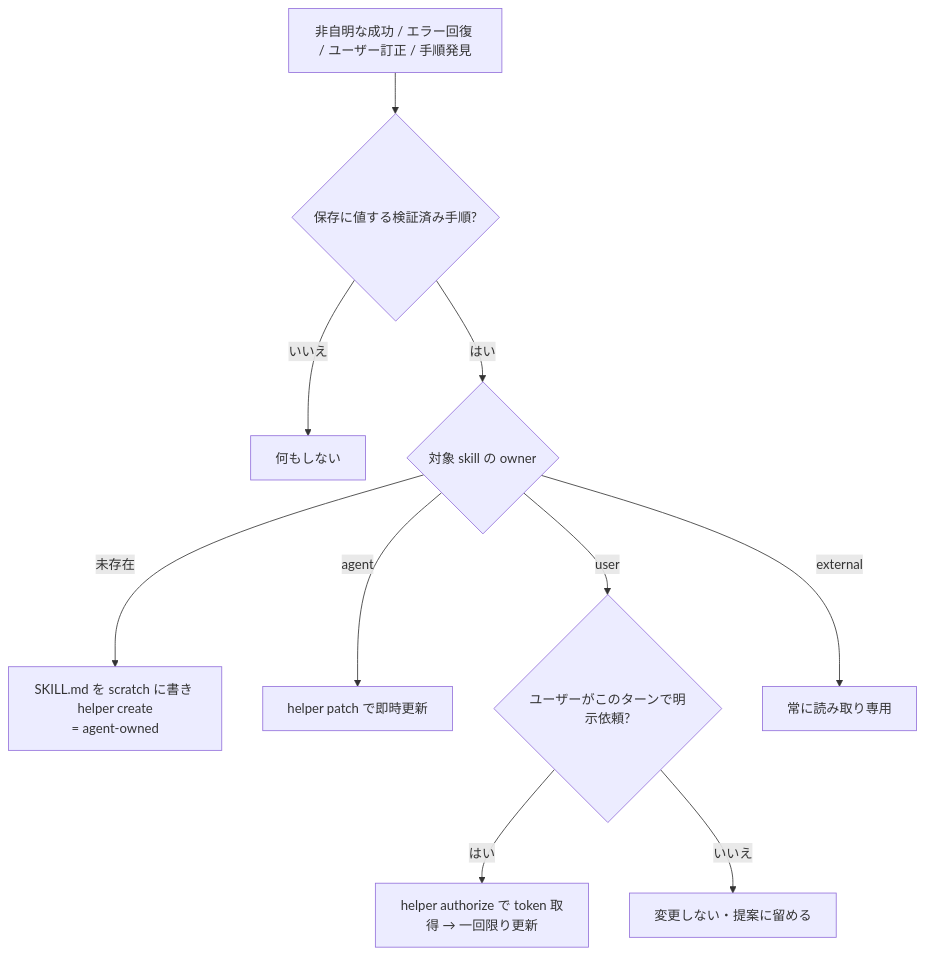
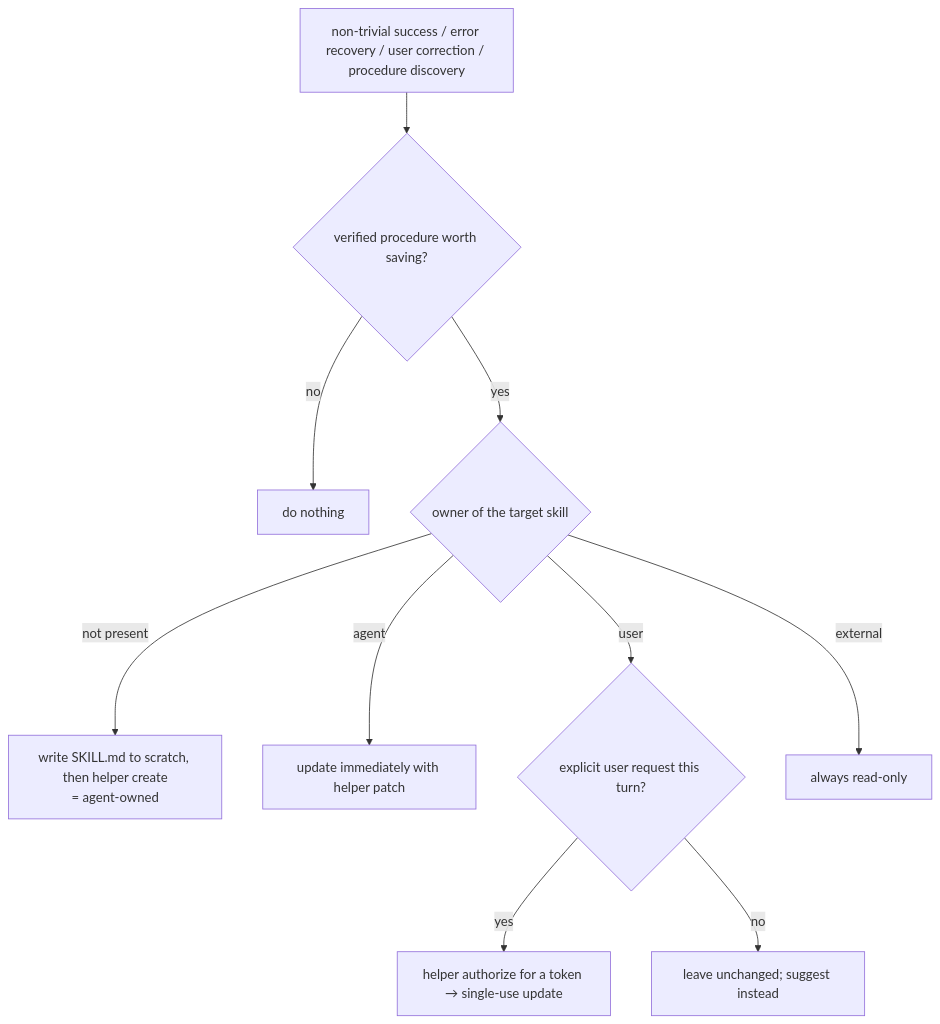
The third of 5 diagrams in README.md (lilpacy/hermes-self-improvement-claude-plugin), drawn with Mermaid before and after one commit. The commit also changed other lines of this file and 1 other file, not shown here.

````diff
--- a/README.md
+++ b/README.md
@@ -176,12 +167,12 @@
 ```mermaid
 flowchart TD
-  A[非自明な成功 / エラー回復 / ユーザー訂正 / 手順発見] --> B{保存に値する検証済み手順?}
-  B -- いいえ --> Z[何もしない]
-  B -- はい --> C{対象 skill の owner}
-  C -- 未存在 --> D[SKILL.md を scratch に書き helper create<br/>= agent-owned]
-  C -- agent --> E[helper patch で即時更新]
-  C -- user --> F{ユーザーがこのターンで明示依頼?}
-  F -- はい --> G[helper authorize で token 取得 → 一回限り更新]
-  F -- いいえ --> Z2[変更しない・提案に留める]
-  C -- external --> Z3[常に読み取り専用]
+  A[non-trivial success / error recovery / user correction / procedure discovery] --> B{verified procedure worth saving?}
+  B -- no --> Z[do nothing]
+  B -- yes --> C{owner of the target skill}
+  C -- not present --> D[write SKILL.md to scratch, then helper create<br/>= agent-owned]
+  C -- agent --> E[update immediately with helper patch]
+  C -- user --> F{explicit user request this turn?}
+  F -- yes --> G[helper authorize for a token → single-use update]
+  F -- no --> Z2[leave unchanged; suggest instead]
+  C -- external --> Z3[always read-only]
 ```
````
